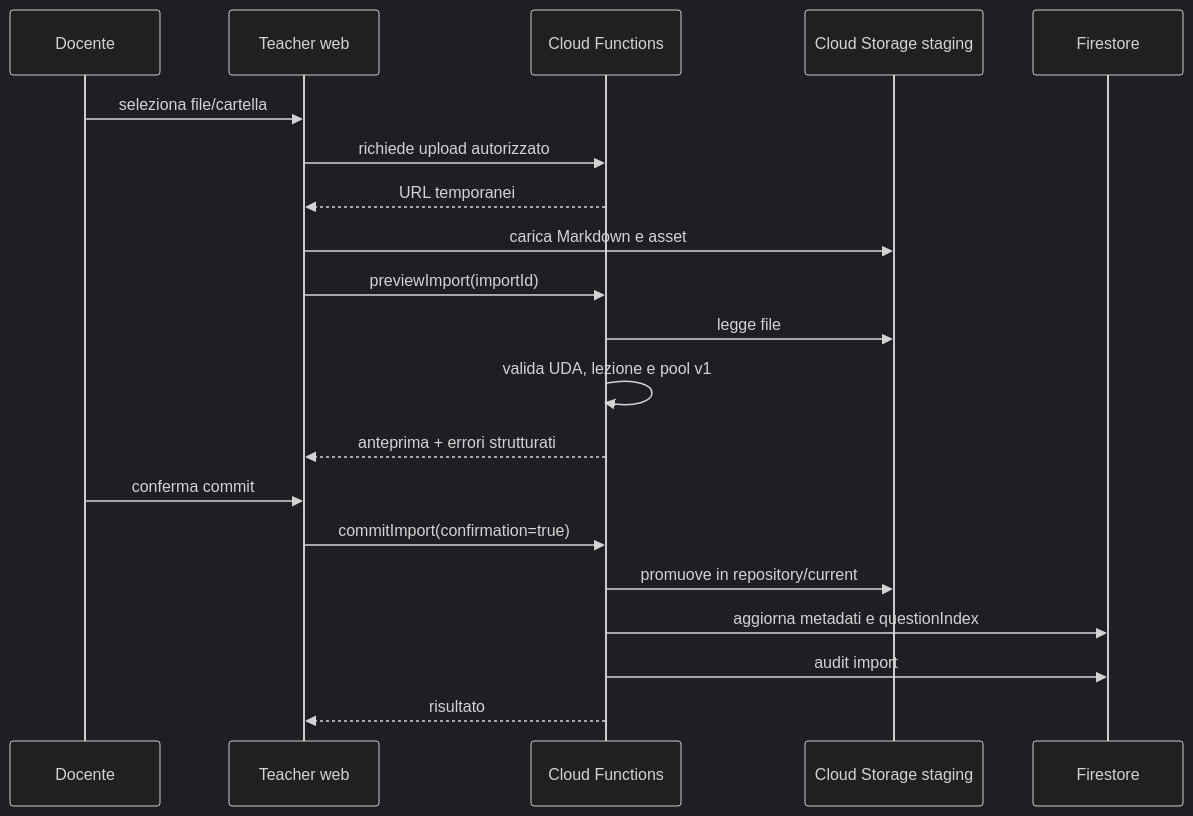
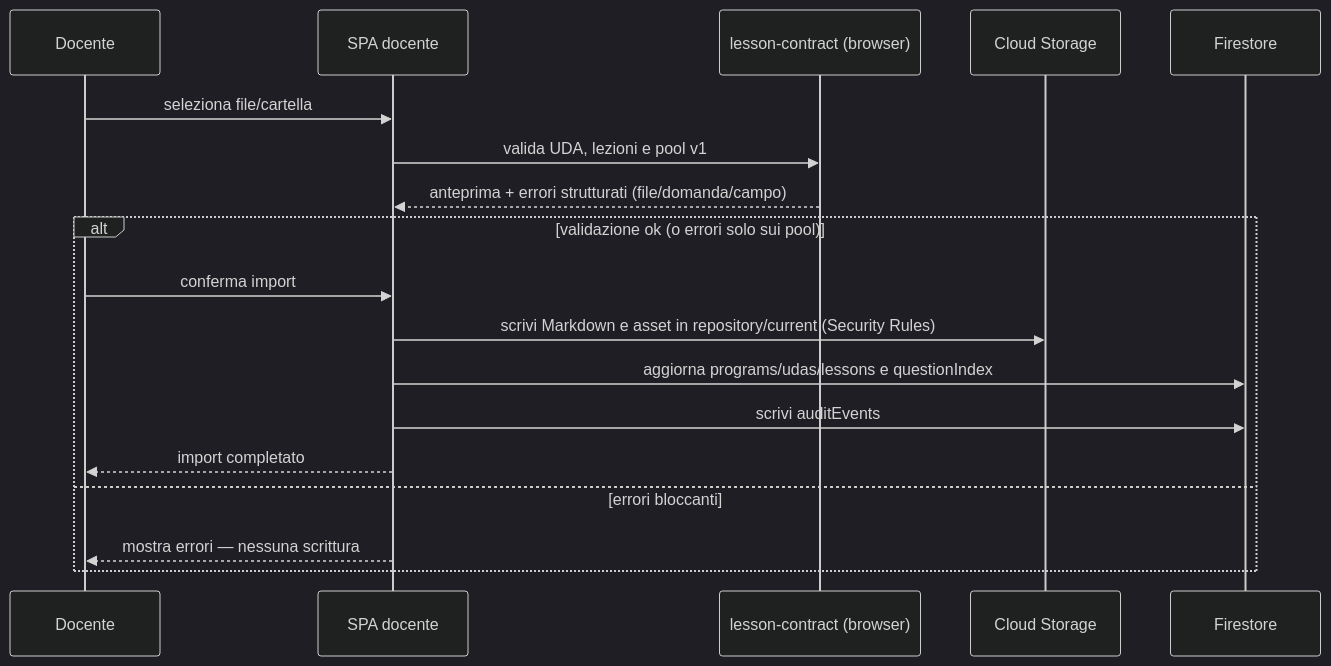
Before and after one commit to EnricoPaparo/SchoolForge: the diagram in documentazione/diagrammi/sequence-import-lezione.md, drawn with Mermaid (dark theme). The commit also changed other lines of this file and 14 other files, not shown here.

````diff
--- a/documentazione/diagrammi/sequence-import-lezione.md
+++ b/documentazione/diagrammi/sequence-import-lezione.md
@@ -3,23 +3,22 @@
 ```mermaid
 sequenceDiagram
     participant D as Docente
-    participant W as Teacher web
-    participant B as Cloud Functions
-    participant S as Cloud Storage staging
+    participant SPA as SPA docente
+    participant LC as lesson-contract (browser)
+    participant CS as Cloud Storage
     participant F as Firestore
 
-    D->>W: seleziona file/cartella
-    W->>B: richiede upload autorizzato
-    B-->>W: URL temporanei
-    W->>S: carica Markdown e asset
-    W->>B: previewImport(importId)
-    B->>S: legge file
-    B->>B: valida UDA, lezione e pool v1
-    B-->>W: anteprima + errori strutturati
-    D->>W: conferma commit
-    W->>B: commitImport(confirmation=true)
-    B->>S: promuove in repository/current
-    B->>F: aggiorna metadati e questionIndex
-    B->>F: audit import
-    B-->>W: risultato
+    D->>SPA: seleziona file/cartella
+    SPA->>LC: valida UDA, lezioni e pool v1
+    LC-->>SPA: anteprima + errori strutturati (file/domanda/campo)
+
+    alt validazione ok (o errori solo sui pool)
+        D->>SPA: conferma import
+        SPA->>CS: scrivi Markdown e asset in repository/current (Security Rules)
+        SPA->>F: aggiorna programs/udas/lessons e questionIndex
+        SPA->>F: scrivi auditEvents
+        SPA-->>D: import completato
+    else errori bloccanti
+        SPA-->>D: mostra errori — nessuna scrittura
+    end
 ```
````
